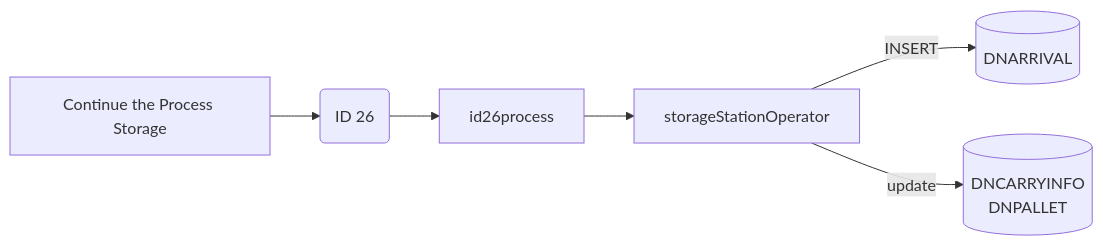
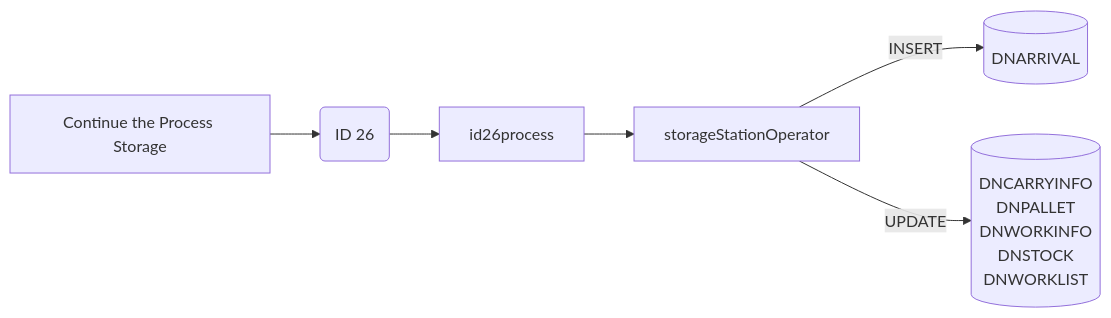
Before and after one commit to luthfiadityaa/SimeDarby-Wiki: the sixth of 10 diagrams in Basic-Design/DFD-WMS/Storage/Empty-Pallet-Storage-to-Ambient-Area.md, drawn with Mermaid. The commit also changed other lines of this file, not shown here.

Commit message:
Updated Empty Pallet Storage to Ambient Area

```diff
--- a/Basic-Design/DFD-WMS/Storage/Empty-Pallet-Storage-to-Ambient-Area.md
+++ b/Basic-Design/DFD-WMS/Storage/Empty-Pallet-Storage-to-Ambient-Area.md
@@ -414,26 +484,29 @@
 ::: mermaid
 flowchart LR
 
 releaseCommand["
 Continue the Process Storage
 "]
 
 id26msg("
 ID 26
 ")
 
 id26-insert[("
 DNARRIVAL
 ")]
 
 id26-update[("
 DNCARRYINFO
 DNPALLET
+DNWORKINFO
+DNSTOCK
+DNWORKLIST
 ")]
 
 storageStationOperator[storageStationOperator]
 
 releaseCommand-->id26msg-->id26process-->storageStationOperator
 storageStationOperator--> |INSERT| id26-insert
-storageStationOperator--> |update| id26-update
+storageStationOperator--> |UPDATE| id26-update
 :::
```
